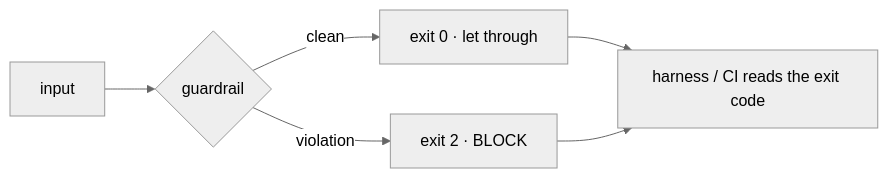
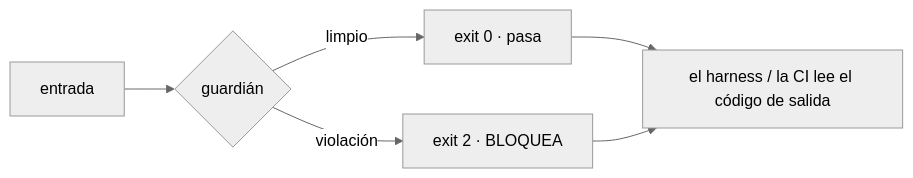
One commit to jleonceo/guardianes-verificados-ia changed the diagram in README.md. Above: the diagram before and after it, drawn with Mermaid (neutral theme). The commit also changed other lines of this file, not shown here.

````diff
--- a/README.md
+++ b/README.md
@@ -32,8 +44,8 @@
 ```mermaid
 flowchart LR
-    I[input] --> G{guardrail}
-    G -- clean --> Z["exit 0 · let through"]
-    G -- violation --> T["exit 2 · BLOCK"]
-    Z --> H[harness / CI reads the exit code]
+    I[entrada] --> G{guardián}
+    G -- limpio --> Z["exit 0 · pasa"]
+    G -- violación --> T["exit 2 · BLOQUEA"]
+    Z --> H[el harness / la CI lee el código de salida]
     T --> H
 ```
````
